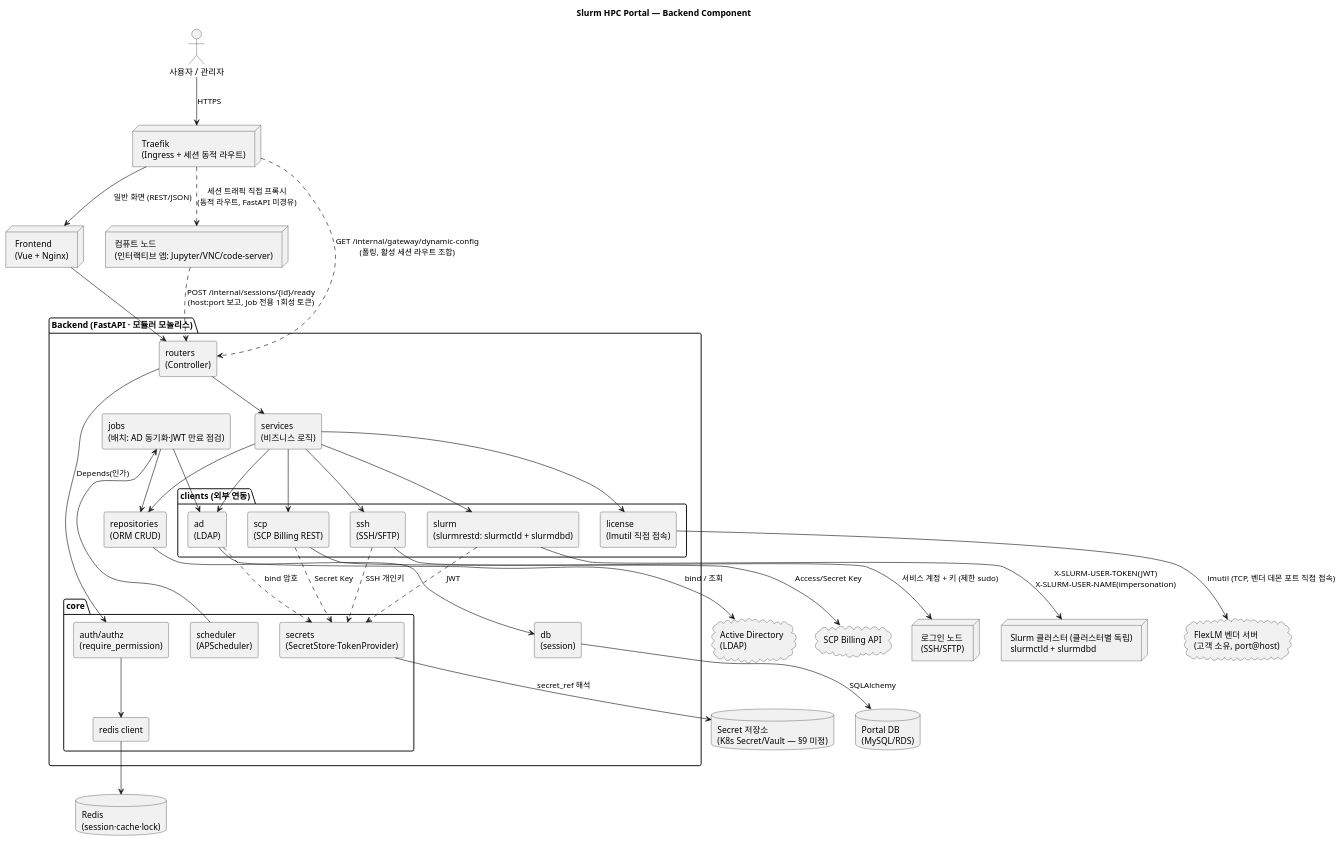
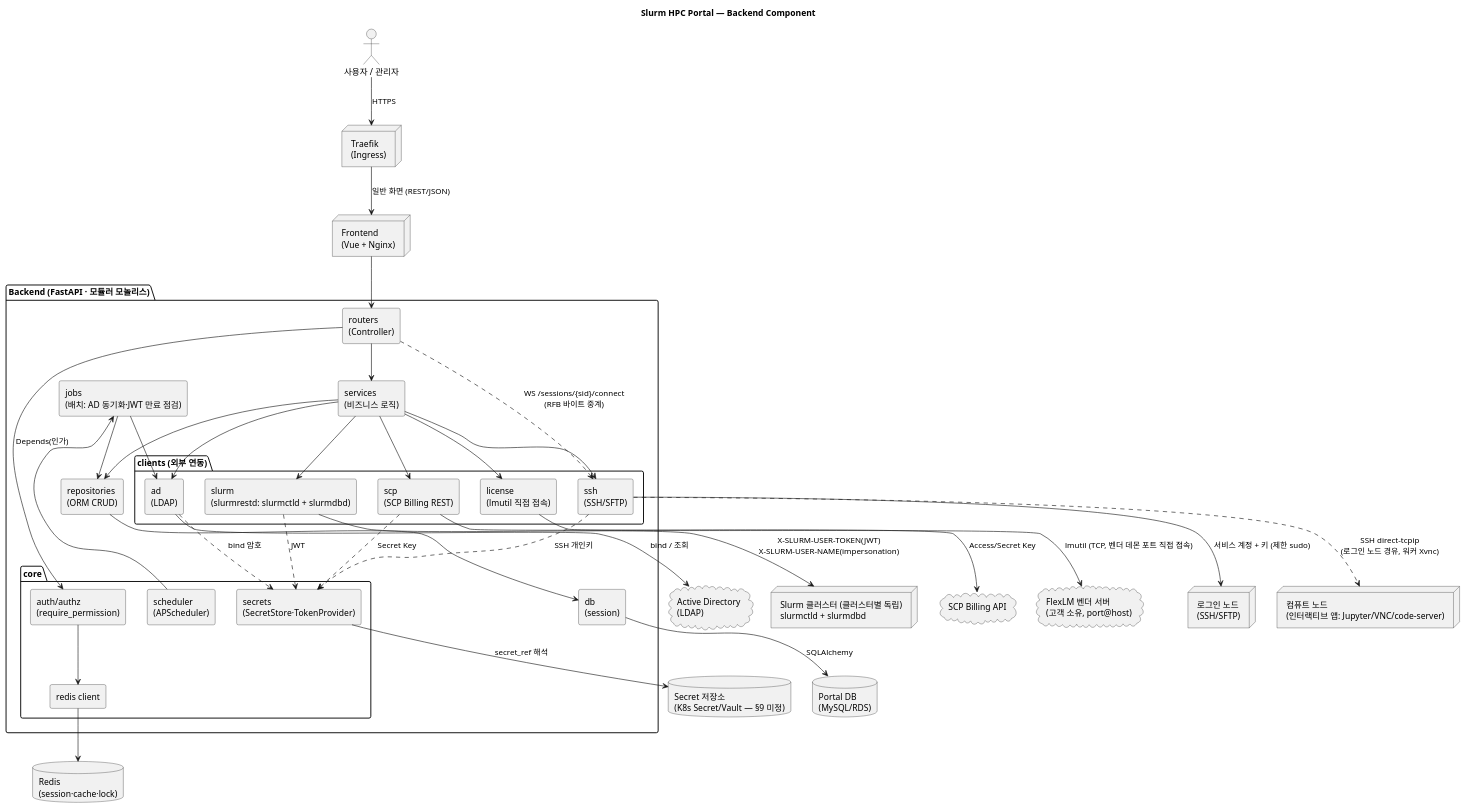
The diagram in docs/Architecture.md (stty0/portal), drawn with PlantUML before and after one commit. The commit also changed other lines of this file and 16 other files, not shown here.

````diff
--- a/docs/Architecture.md
+++ b/docs/Architecture.md
@@ -14,76 +16,75 @@
 ```plantuml
 @startuml portal-backend-component
 skinparam componentStyle rectangle
 skinparam shadowing false
 skinparam roundcorner 6
 title Slurm HPC Portal — Backend Component
 
 actor "사용자 / 관리자" as user
-node "Traefik\n(Ingress + 세션 동적 라우트)" as traefik
+node "Traefik\n(Ingress)" as traefik
 node "Frontend\n(Vue + Nginx)" as fe
 
 package "Backend (FastAPI · 모듈러 모놀리스)" {
   [routers\n(Controller)] as routers
   [services\n(비즈니스 로직)] as services
   [repositories\n(ORM CRUD)] as repos
   package "clients (외부 연동)" {
     [ad\n(LDAP)] as cad
     [slurm\n(slurmrestd: slurmctld + slurmdbd)] as cslurm
     [scp\n(SCP Billing REST)] as cscp
     [ssh\n(SSH/SFTP)] as cssh
     [license\n(lmutil 직접 접속)] as clicense
   }
   package "core" {
     [auth/authz\n(require_permission)] as auth
     [secrets\n(SecretStore·TokenProvider)] as secrets
     [scheduler\n(APScheduler)] as sched
     [redis client] as rediscli
   }
   [db\n(session)] as db
   [jobs\n(배치: AD 동기화·JWT 만료 점검)] as jobs
 }
 
 database "Portal DB\n(MySQL/RDS)" as mysql
 database "Redis\n(session·cache·lock)" as redis
 cloud "Active Directory\n(LDAP)" as ad
 node "Slurm 클러스터 (클러스터별 독립)\nslurmctld + slurmdbd" as slurm
 node "로그인 노드\n(SSH/SFTP)" as loginnode
 node "컴퓨트 노드\n(인터랙티브 앱: Jupyter/VNC/code-server)" as computenode
 cloud "SCP Billing API" as scpapi
 cloud "FlexLM 벤더 서버\n(고객 소유, port@host)" as flexlm
 database "Secret 저장소\n(K8s Secret/Vault — §9 미정)" as vault
 
 user --> traefik : HTTPS
 traefik --> fe : 일반 화면 (REST/JSON)
 fe --> routers
 routers --> auth : Depends(인가)
 routers --> services
 services --> repos
 services --> cad
 services --> cslurm
 services --> cscp
 services --> cssh
 services --> clicense
 repos --> db
 db --> mysql : SQLAlchemy
 auth --> rediscli
 rediscli --> redis
 secrets --> vault : secret_ref 해석
 cslurm ..> secrets : JWT
 cscp ..> secrets : Secret Key
 cssh ..> secrets : SSH 개인키
 cad ..> secrets : bind 암호
 sched --> jobs
 jobs --> cad
 jobs --> repos
 cad --> ad : bind / 조회
 cslurm --> slurm : X-SLURM-USER-TOKEN(JWT)\nX-SLURM-USER-NAME(impersonation)
 cscp --> scpapi : Access/Secret Key
 cssh --> loginnode : 서비스 계정 + 키 (제한 sudo)
 clicense --> flexlm : lmutil (TCP, 벤더 데몬 포트 직접 접속)
-traefik ..> routers : GET /internal/gateway/dynamic-config\n(폴링, 활성 세션 라우트 조합)
-traefik ..> computenode : 세션 트래픽 직접 프록시\n(동적 라우트, FastAPI 미경유)
-computenode ..> routers : POST /internal/sessions/{id}/ready\n(host:port 보고, Job 전용 1회성 토큰)
+routers ..> cssh : WS /sessions/{sid}/connect\n(RFB 바이트 중계)
+cssh ..> computenode : SSH direct-tcpip\n(로그인 노드 경유, 워커 Xvnc)
 
 @enduml
 ```
````
